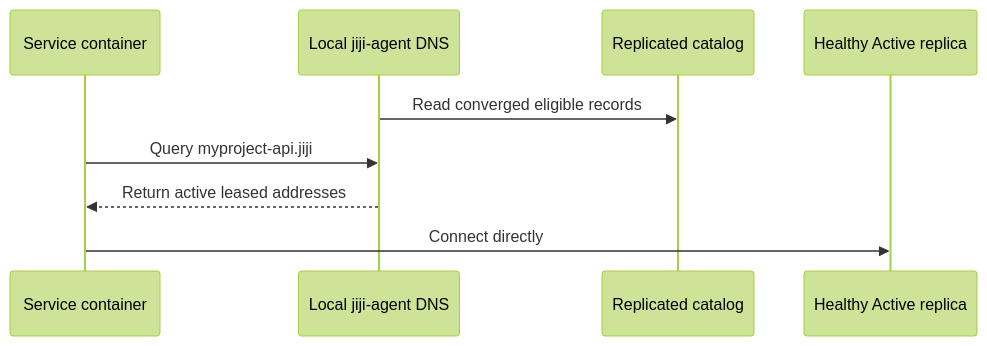
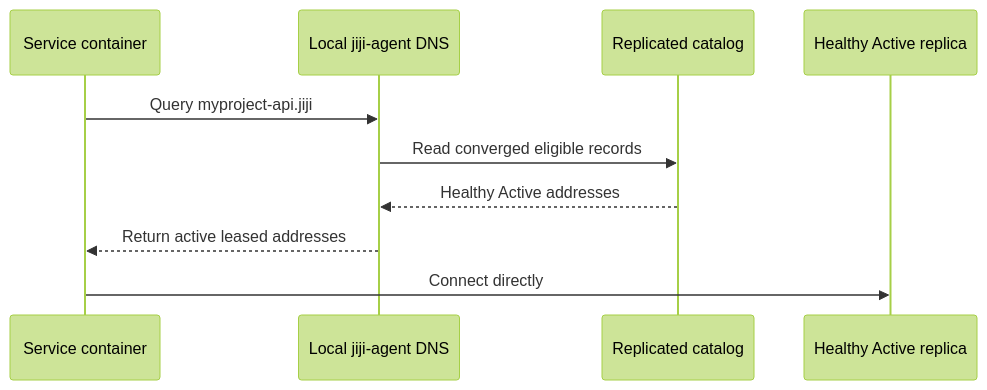
Before and after one commit to acidtib/jiji-website: the third of 3 diagrams in app/docs/getting-started/architecture/page.mdx, drawn with Mermaid (forest theme). The commit also changed other lines of this file and 7 other files, not shown here.

````diff
--- a/app/docs/getting-started/architecture/page.mdx
+++ b/app/docs/getting-started/architecture/page.mdx
@@ -128,14 +131,15 @@
 ```mermaid
 sequenceDiagram
   accTitle: Distributed service discovery
   accDescr: A container queries its local project agent. The agent returns only healthy Active catalog addresses, and the container connects directly over the routed project network.
   participant app as Service container
   participant dns as Local jiji-agent DNS
   participant catalog as Replicated catalog
   participant backend as Healthy Active replica
 
+  app->>dns: Query myproject-api.jiji
   dns->>catalog: Read converged eligible records
-  app->>dns: Query myproject-api.jiji
+  catalog-->>dns: Healthy Active addresses
   dns-->>app: Return active leased addresses
   app->>backend: Connect directly
 ```
````
